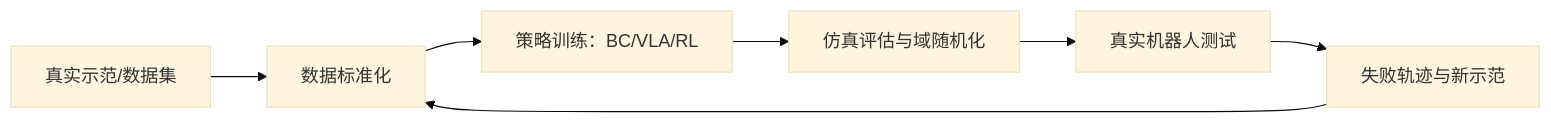
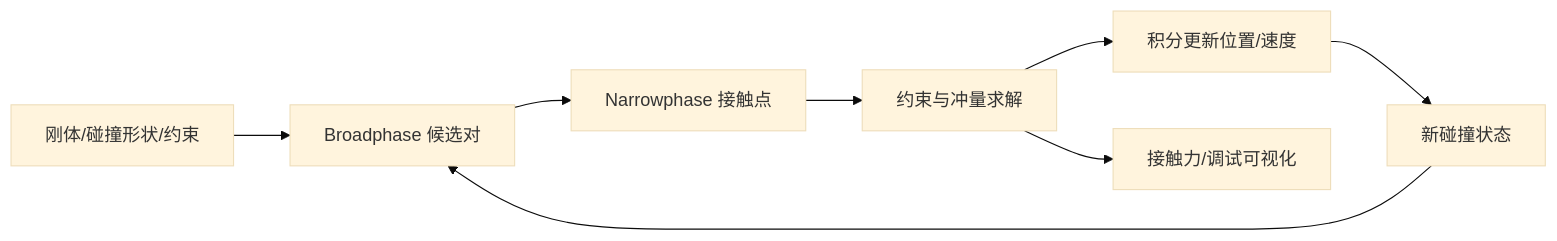
One commit to JiangXiangAi/git_weekly_news changed the ninth of 10 diagrams in 2026/2026-10-05_2026-10-11/04_具身智能与世界模型.md. Above: the diagram before and after it, drawn with Mermaid (base theme). The commit also changed other lines of this file, not shown here.

Commit message:
Deepen embodied AI report with per-project architecture diagrams and terminology links

````diff
--- a/2026/2026-10-05_2026-10-11/04_具身智能与世界模型.md
+++ b/2026/2026-10-05_2026-10-11/04_具身智能与世界模型.md
@@ -44,9 +199,10 @@
 ```mermaid
 flowchart LR
-A[真实示范/数据集] --> B[数据标准化]
-B --> C[策略训练：BC/VLA/RL]
-C --> D[仿真评估与域随机化]
-D --> E[真实机器人测试]
-E --> F[失败轨迹与新示范]
-F --> B
+  A[刚体/碰撞形状/约束] --> B[Broadphase 候选对]
+  B --> C[Narrowphase 接触点]
+  C --> D[约束与冲量求解]
+  D --> E[积分更新位置/速度]
+  E --> F[新碰撞状态]
+  F --> B
+  D --> G[接触力/调试可视化]
 ```
````
